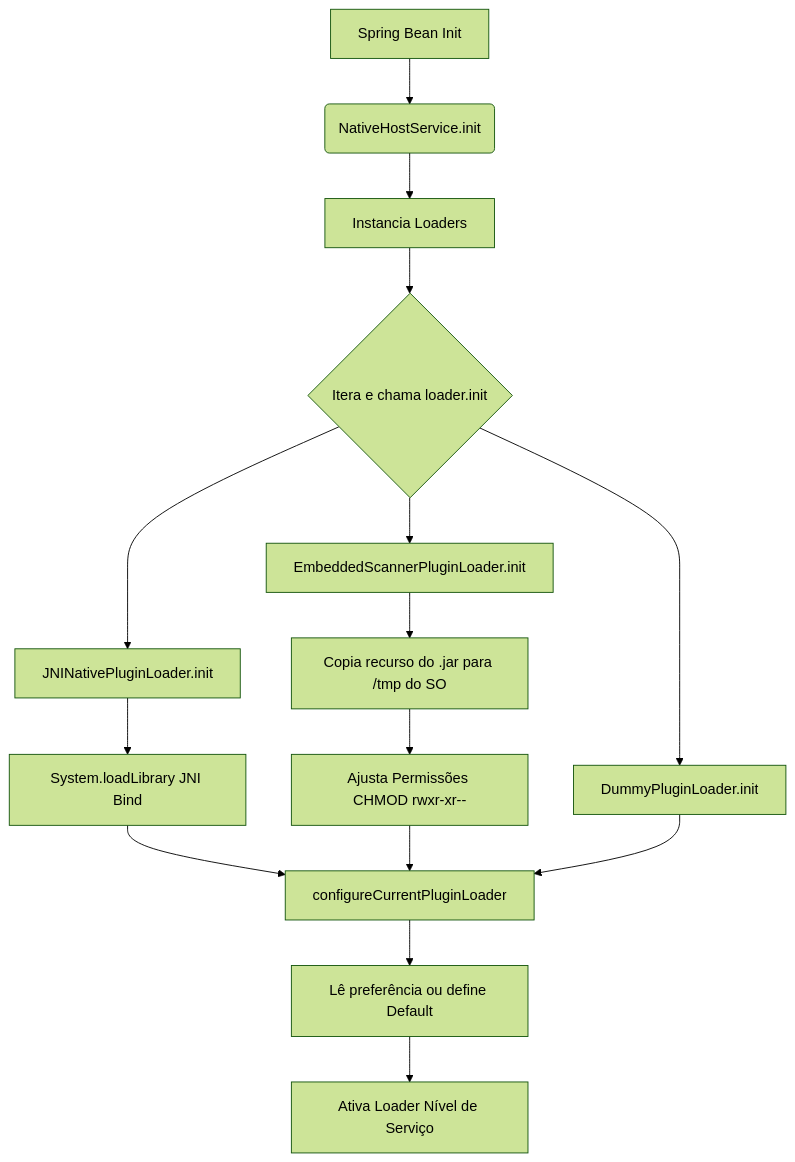
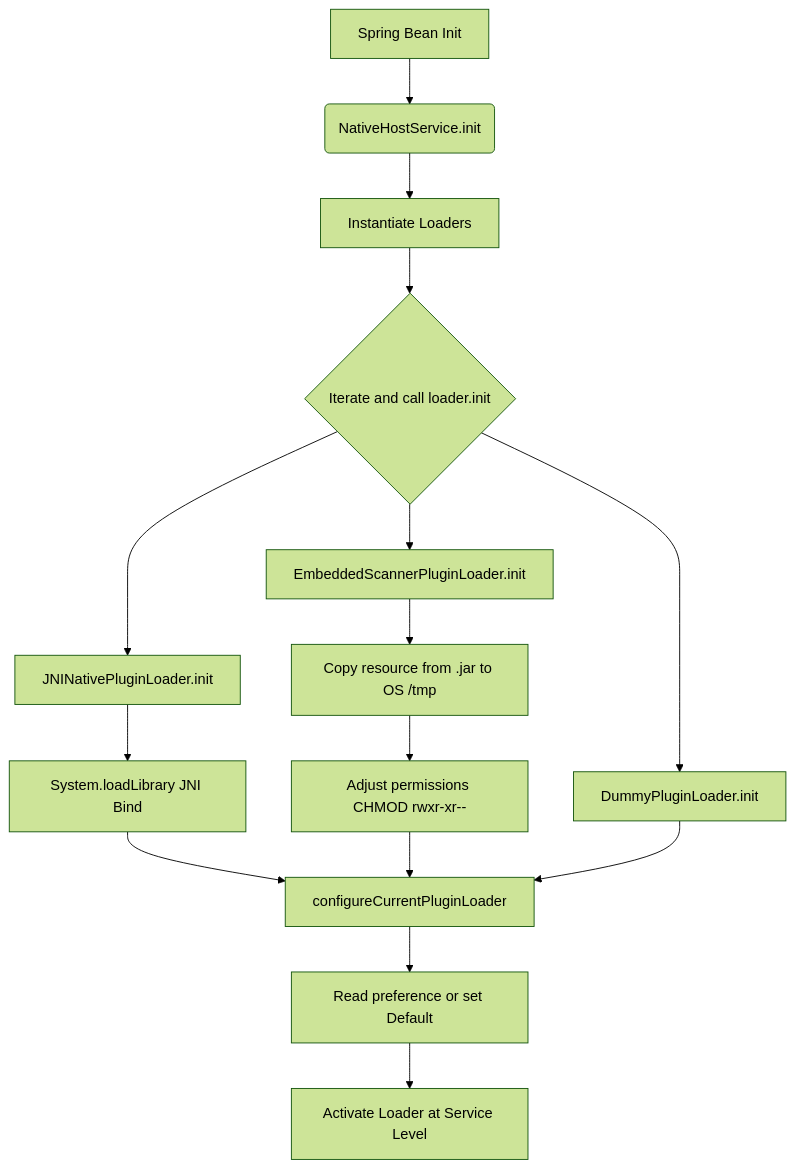
One commit to daniel-chiuratto-seabra/OwlPlug changed the seventh of 15 diagrams in docs/full-forensic-technical-documentation.md. Above: the diagram before and after it, drawn with Mermaid (forest theme). The commit also changed other lines of this file, not shown here.

````diff
--- a/docs/full-forensic-technical-documentation.md
+++ b/docs/full-forensic-technical-documentation.md
@@ -297,17 +297,17 @@
 ```mermaid
 flowchart TD
     A[Spring Bean Init] --> B(NativeHostService.init)
-    B --> C[Instancia Loaders]
-    C --> D{Itera e chama loader.init}
+    B --> C[Instantiate Loaders]
+    C --> D{Iterate and call loader.init}
     D --> E[EmbeddedScannerPluginLoader.init]
-    E --> F[Copia recurso do .jar para /tmp do SO]
-    F --> G[Ajusta Permissões CHMOD rwxr-xr--]
+    E --> F[Copy resource from .jar to OS /tmp]
+    F --> G[Adjust permissions CHMOD rwxr-xr--]
     D --> H[JNINativePluginLoader.init]
     H --> I[System.loadLibrary JNI Bind]
     D --> J[DummyPluginLoader.init]
     I --> K[configureCurrentPluginLoader]
     G --> K
     J --> K
-    K --> L[Lê preferência ou define Default]
-    L --> M[Ativa Loader Nível de Serviço]
+    K --> L[Read preference or set Default]
+    L --> M[Activate Loader at Service Level]
 ```
````
